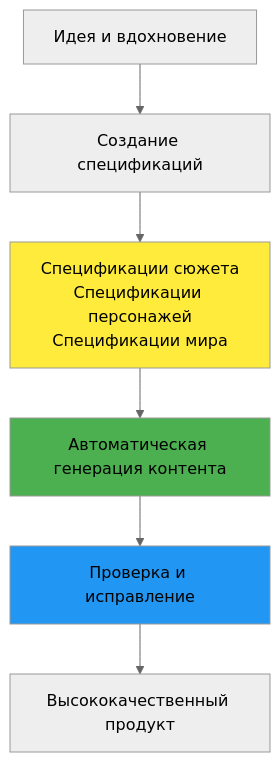
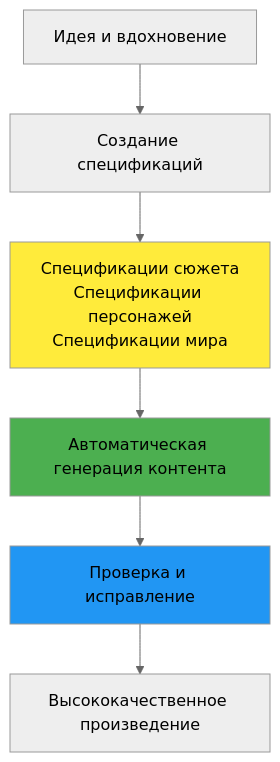
The second of 9 diagrams in docs/novel-writing-guide.md (jakerdy/novel-writer-ru), drawn with Mermaid (neutral theme) before and after one commit. The commit also changed other lines of this file and 397 other files, not shown here.

````diff
--- a/docs/novel-writing-guide.md
+++ b/docs/novel-writing-guide.md
@@ -117,12 +117,12 @@
 ```mermaid
 graph TD
     A[Идея и вдохновение] --> B[Создание спецификаций]
     B --> C[Спецификации сюжета<br/>Спецификации персонажей<br/>Спецификации мира]
     C --> D[Автоматическая генерация контента]
     D --> E[Проверка и исправление]
-    E --> F[Высококачественный продукт]
+    E --> F[Высококачественное произведение]
 
     style C fill:#ffeb3b
     style D fill:#4caf50
     style E fill:#2196f3
 ```
````
